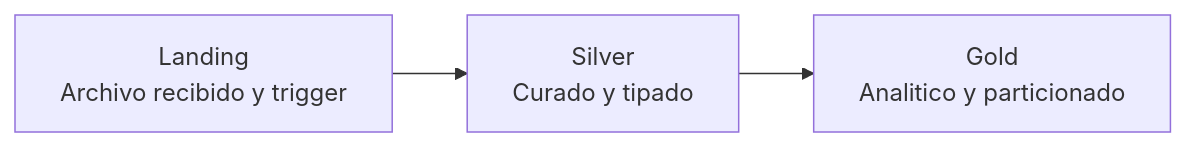
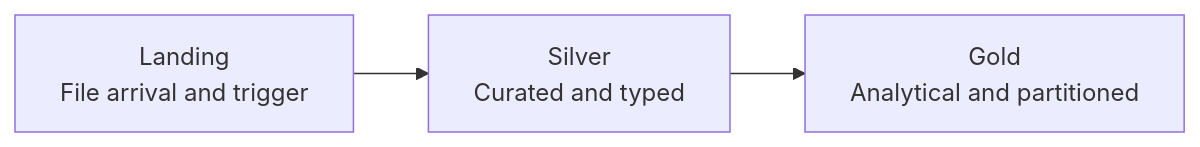
One commit to Merlin2098/HR-Data-Lakehouse changed the third of 5 diagrams in docs/etl_architecture_diagram.md. Above: the diagram before and after it, drawn with Mermaid. The commit also changed other lines of this file and 7 other files, not shown here.

````diff
--- a/docs/etl_architecture_diagram.md
+++ b/docs/etl_architecture_diagram.md
@@ -61,5 +61,5 @@
 ```mermaid
 flowchart LR
-    L["Landing<br/>Archivo recibido y trigger"] --> SI["Silver<br/>Curado y tipado"]
-    SI --> GO["Gold<br/>Analitico y particionado"]
+    L["Landing<br/>File arrival and trigger"] --> SI["Silver<br/>Curated and typed"]
+    SI --> GO["Gold<br/>Analytical and partitioned"]
 ```
````
